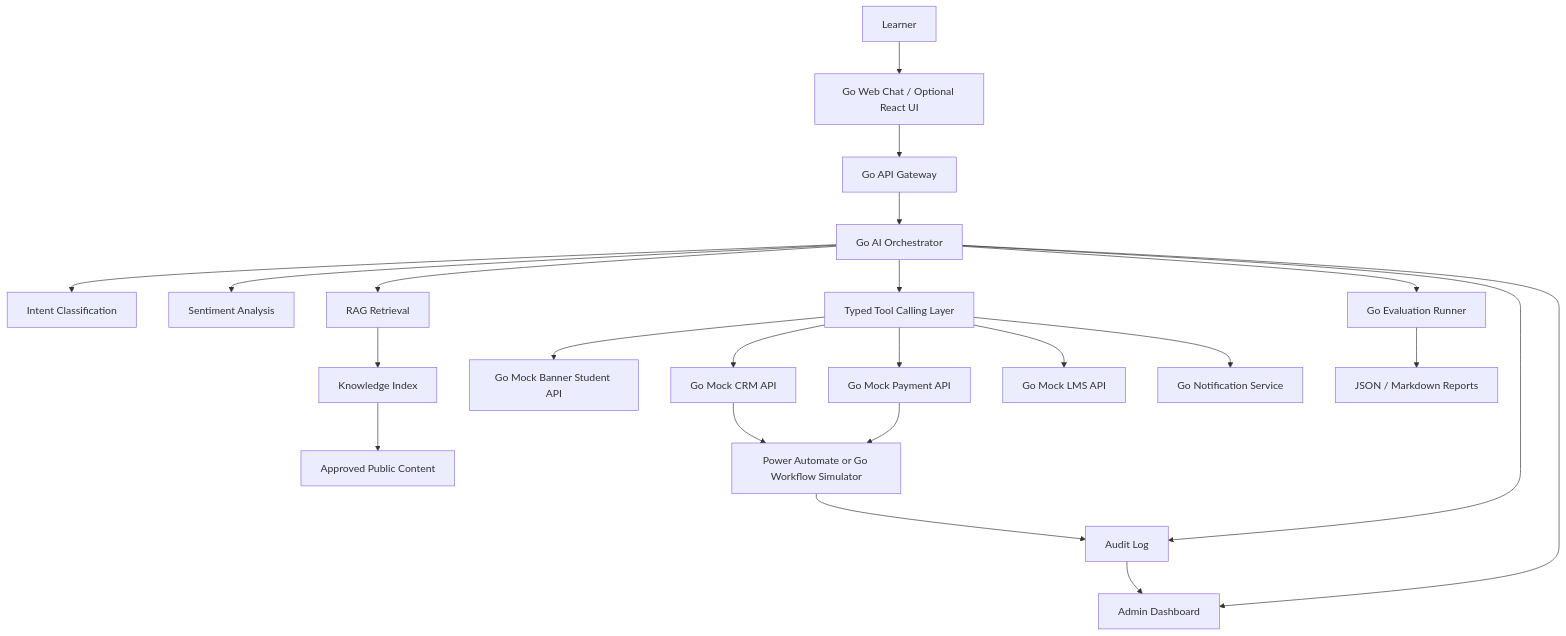
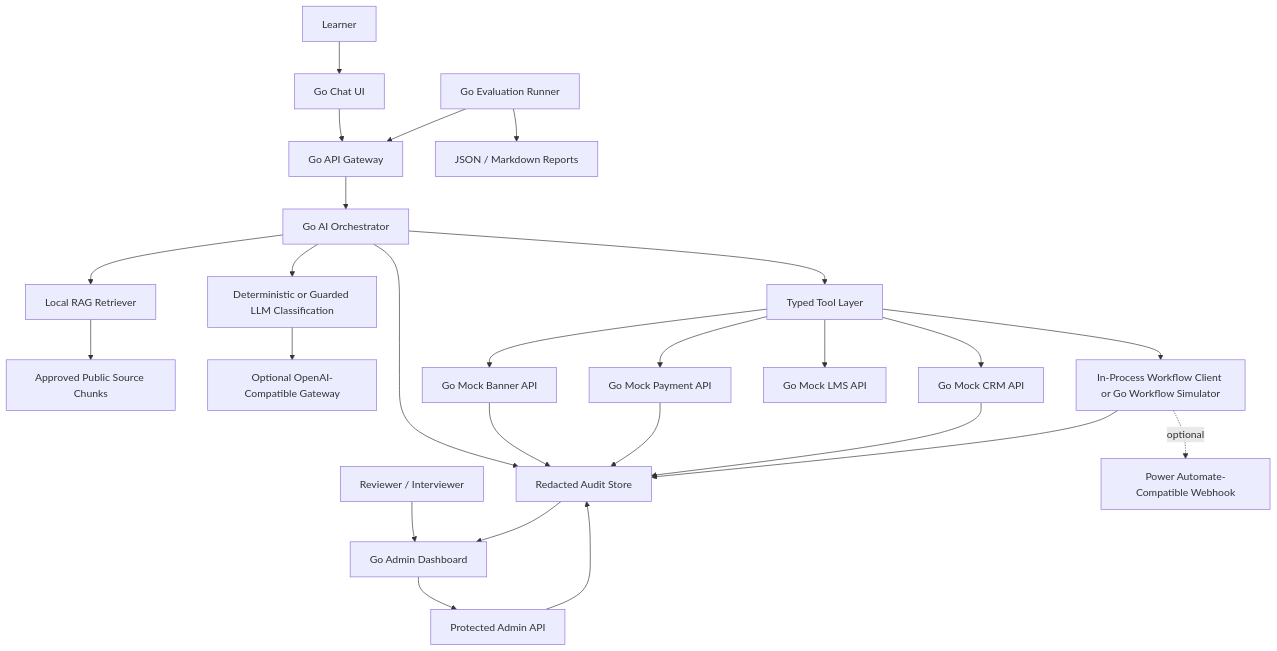
Before and after one commit to alvindcastro/askoc-mvp: the first of 4 diagrams in docs/architecture.md, drawn with Mermaid. The commit also changed other lines of this file and 11 other files, not shown here.

````diff
--- a/docs/architecture.md
+++ b/docs/architecture.md
@@ -19,30 +19,34 @@
 ```mermaid
 flowchart TD
-    U[Learner] --> UI[Go Web Chat / Optional React UI]
-    UI --> API[Go API Gateway]
-    API --> ORCH[Go AI Orchestrator]
+    Learner[Learner] --> ChatUI[Go Chat UI]
+    Staff[Reviewer / Interviewer] --> Dashboard[Go Admin Dashboard]
 
-    ORCH --> INTENT[Intent Classification]
-    ORCH --> SENT[Sentiment Analysis]
-    ORCH --> RAG[RAG Retrieval]
-    ORCH --> TOOLS[Typed Tool Calling Layer]
+    ChatUI --> API[Go API Gateway]
+    Dashboard --> AdminAPI[Protected Admin API]
+    API --> Orchestrator[Go AI Orchestrator]
 
-    RAG --> INDEX[Knowledge Index]
-    INDEX --> CONTENT[Approved Public Content]
+    Orchestrator --> Classifier[Deterministic or Guarded LLM Classification]
+    Orchestrator --> RAG[Local RAG Retriever]
+    Orchestrator --> Tools[Typed Tool Layer]
+    Orchestrator --> Audit[Redacted Audit Store]
 
-    TOOLS --> BANNER[Go Mock Banner Student API]
-    TOOLS --> PAY[Go Mock Payment API]
-    TOOLS --> CRM[Go Mock CRM API]
-    TOOLS --> LMS[Go Mock LMS API]
-    TOOLS --> NOTIFY[Go Notification Service]
+    RAG --> Chunks[Approved Public Source Chunks]
+    Classifier --> LLM[Optional OpenAI-Compatible Gateway]
 
-    CRM --> AUTO[Power Automate or Go Workflow Simulator]
-    PAY --> AUTO
-    AUTO --> AUDIT[Audit Log]
-    ORCH --> AUDIT
+    Tools --> Banner[Go Mock Banner API]
+    Tools --> Payment[Go Mock Payment API]
+    Tools --> CRM[Go Mock CRM API]
+    Tools --> LMS[Go Mock LMS API]
+    Tools --> Workflow[In-Process Workflow Client or Go Workflow Simulator]
+    Workflow -. optional .-> PowerAutomate[Power Automate-Compatible Webhook]
 
-    AUDIT --> DASH[Admin Dashboard]
-    ORCH --> EVAL[Go Evaluation Runner]
-    EVAL --> REPORTS[JSON / Markdown Reports]
-    ORCH --> DASH
+    Banner --> Audit
+    Payment --> Audit
+    CRM --> Audit
+    Workflow --> Audit
+    AdminAPI --> Audit
+    Audit --> Dashboard
+
+    Eval[Go Evaluation Runner] --> API
+    Eval --> Reports[JSON / Markdown Reports]
 ```
````
